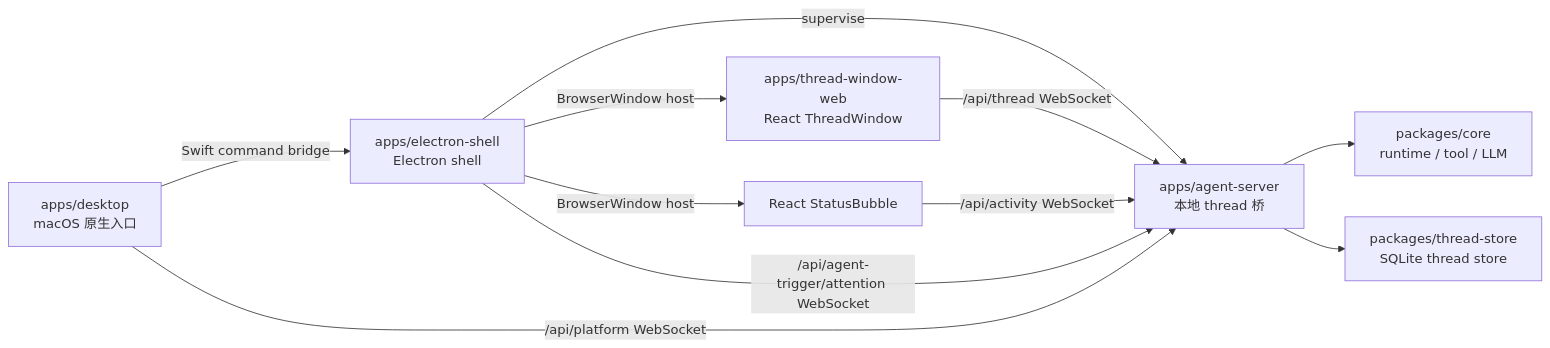
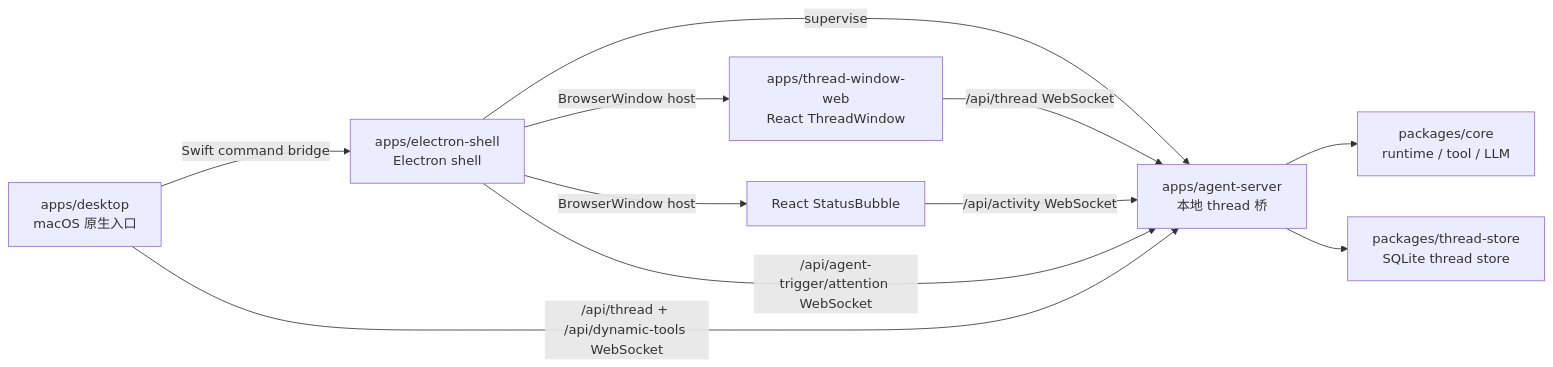
One commit to Lixuhang987/Wisp-Pocket changed the diagram in apps/apps.md. Above: the diagram before and after it, drawn with Mermaid. The commit also changed other lines of this file and 115 other files, not shown here.

````diff
--- a/apps/apps.md
+++ b/apps/apps.md
@@ -16,13 +16,13 @@
 ```mermaid
 flowchart LR
   A[apps/desktop<br/>macOS 原生入口] -->|Swift command bridge| E[apps/electron-shell<br/>Electron shell]
   E -->|BrowserWindow host| W[apps/thread-window-web<br/>React ThreadWindow]
   E -->|BrowserWindow host| S[React StatusBubble]
   E -->|supervise| B[apps/agent-server<br/>本地 thread 桥]
   W -->|/api/thread WebSocket| B
   S -->|/api/activity WebSocket| B
   E -->|/api/agent-trigger/attention WebSocket| B
-  A -->|/api/platform WebSocket| B
+  A -->|/api/thread + /api/dynamic-tools WebSocket| B
   B --> C[packages/core<br/>runtime / tool / LLM]
   B --> T[packages/thread-store<br/>SQLite thread store]
 ```
````
